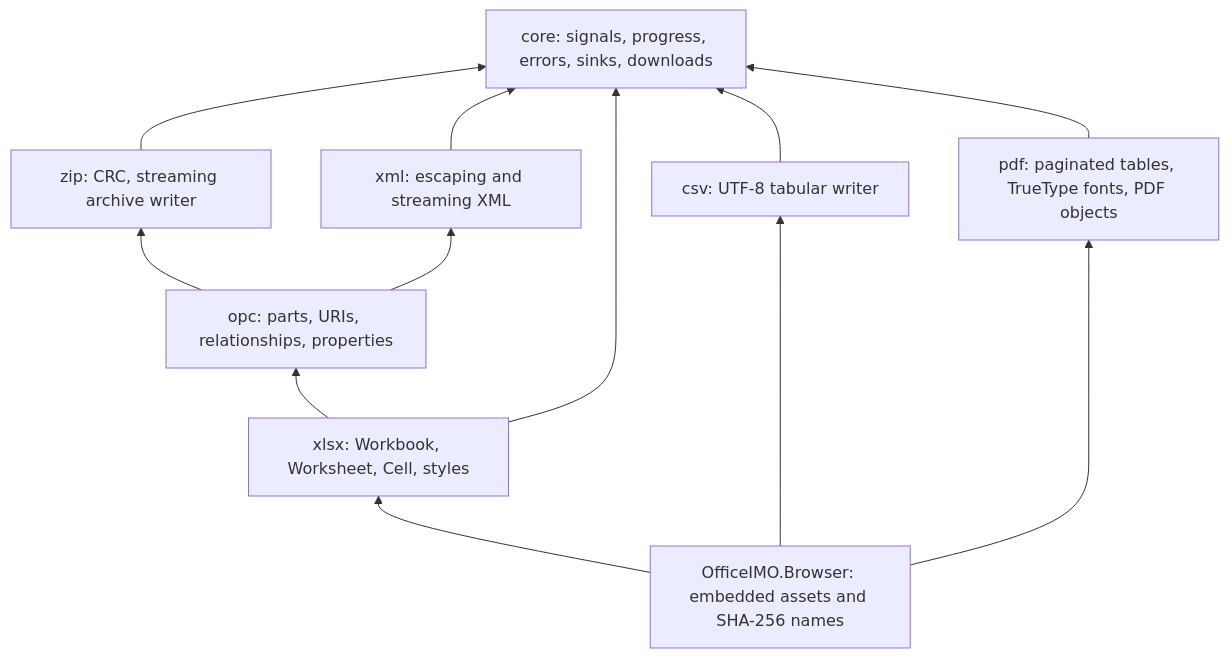
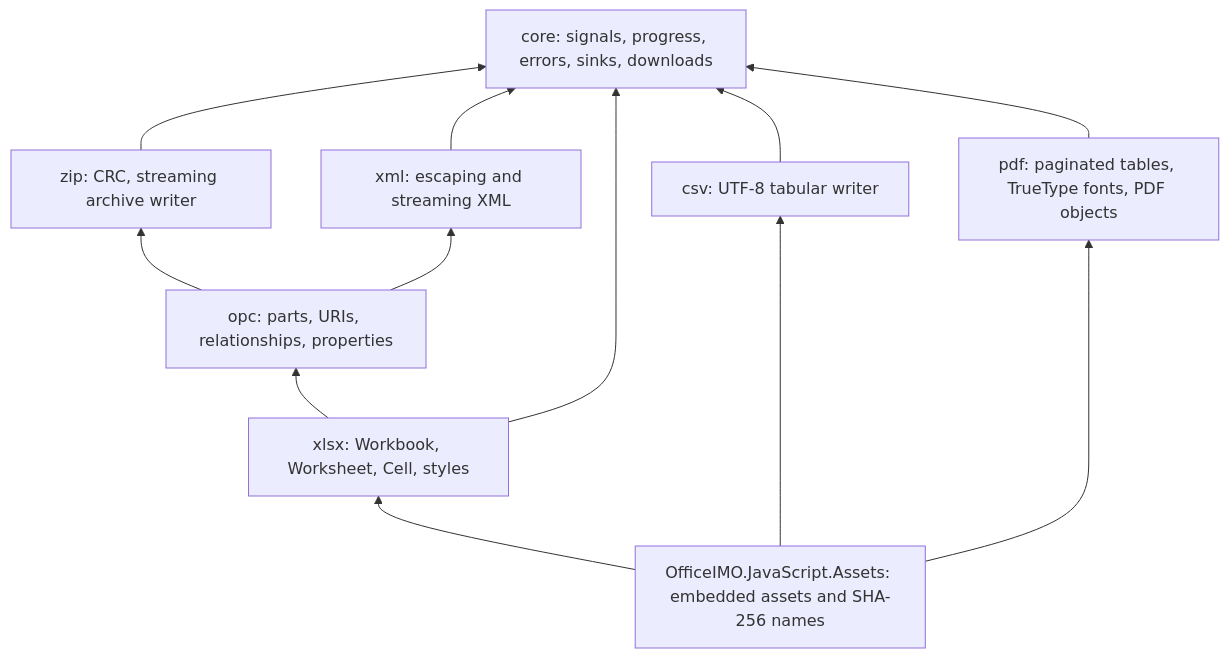
The diagram in Docs/officeimo.javascript-architecture.md (EvotecIT/OfficeIMO), drawn with Mermaid before and after one commit. The commit also changed other lines of this file and 93 other files, not shown here.

Commit message:
Improve JavaScript reports and coordinate npm delivery

````diff
--- a/Docs/officeimo.javascript-architecture.md
+++ b/Docs/officeimo.javascript-architecture.md
@@ -7,21 +7,21 @@
 ```mermaid
 flowchart BT
     Core["core: signals, progress, errors, sinks, downloads"]
     Zip["zip: CRC, streaming archive writer"]
     Xml["xml: escaping and streaming XML"]
     Opc["opc: parts, URIs, relationships, properties"]
     Xlsx["xlsx: Workbook, Worksheet, Cell, styles"]
     Csv["csv: UTF-8 tabular writer"]
     Pdf["pdf: paginated tables, TrueType fonts, PDF objects"]
     Zip --> Core
     Xml --> Core
     Opc --> Zip
     Opc --> Xml
     Xlsx --> Opc
     Xlsx --> Core
     Csv --> Core
     Pdf --> Core
-    Adapter["OfficeIMO.Browser: embedded assets and SHA-256 names"] --> Xlsx
+    Adapter["OfficeIMO.JavaScript.Assets: embedded assets and SHA-256 names"] --> Xlsx
     Adapter --> Csv
     Adapter --> Pdf
 ```
````
